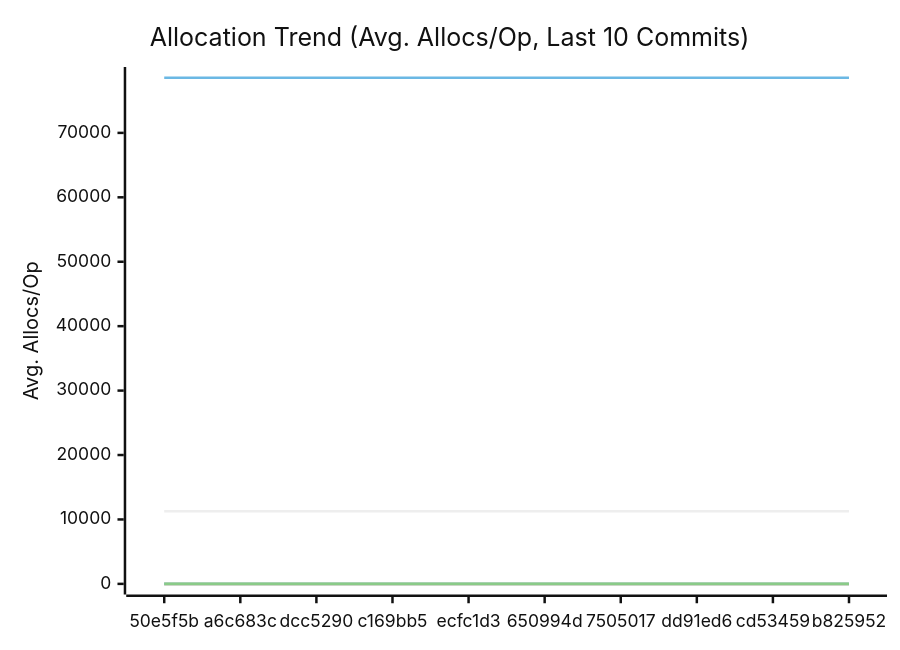
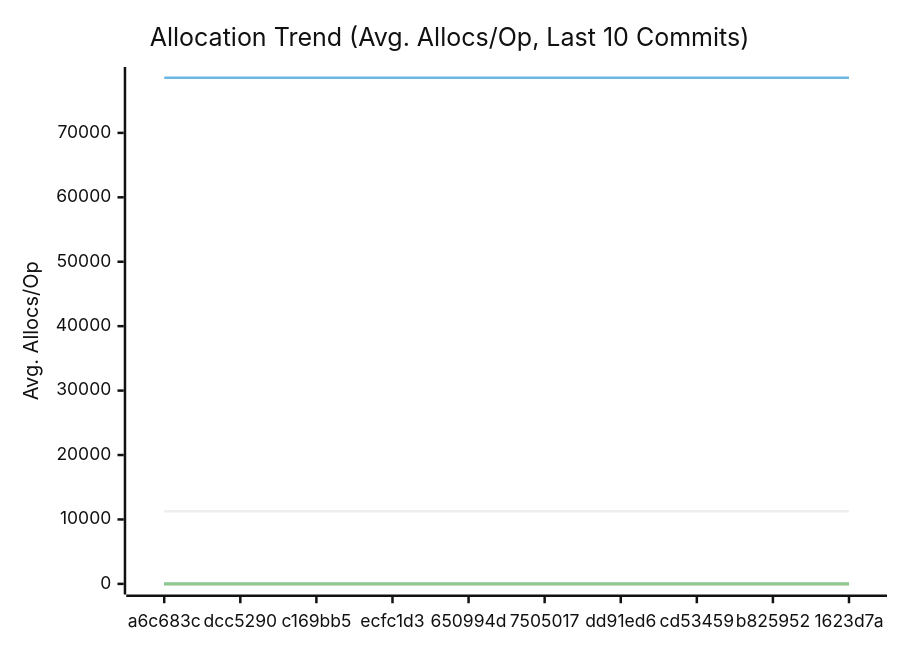
One commit to alsotoes/momo changed the third of 3 diagrams in docs/PERFORMANCE.md. Above: the diagram before and after it, drawn with Mermaid (neutral theme). The commit also changed other lines of this file and 3 other files, not shown here.

````diff
--- a/docs/PERFORMANCE.md
+++ b/docs/PERFORMANCE.md
@@ -197,20 +197,20 @@
 ```mermaid
 xychart-beta
     title "Allocation Trend (Avg. Allocs/Op, Last 10 Commits)"
     x-axis "Commit"
     y-axis "Avg. Allocs/Op"
-    x-axis [50e5f5b,a6c683c,dcc5290,c169bb5,ecfc1d3,650994d,7505017,dd91ed6,cd53459,b825952]
-    line "AWSChunkedReaderSigned" [11274,11284,11270,11276,11273,11274,11278,11271,11265,11282]
-    line "AWSChunkedReaderUnsigned" [78566,78561,78559,78564,78563,78571,78563,78564,78564,78577]
+    x-axis [a6c683c,dcc5290,c169bb5,ecfc1d3,650994d,7505017,dd91ed6,cd53459,b825952,1623d7a]
+    line "AWSChunkedReaderSigned" [11284,11270,11276,11273,11274,11278,11271,11265,11282,11278]
+    line "AWSChunkedReaderUnsigned" [78561,78559,78564,78563,78571,78563,78564,78564,78577,78562]
     line "CheckMetricsAndSwap" [0,0,0,0,0,0,0,0,0,0]
     line "CrushOptimized" [0,0,0,0,0,0,0,0,0,0]
     line "CrushOriginal" [3,3,3,3,3,3,3,3,3,3]
     line "IndexDirectTracking" [0,0,0,0,0,0,0,0,0,0]
     line "IndexSearch" [0,0,0,0,0,0,0,0,0,0]
     line "LoadGlobalConfig" [54,54,54,54,54,54,54,54,54,54]
     line "PadString" [1,1,1,1,1,1,1,1,1,1]
     line "ParseReplicationOrder_NoPrealloc" [6,6,6,6,6,5,5,5,5,5]
     line "ParseReplicationOrder_Prealloc" [2,2,2,2,2,1,1,1,1,1]
     line "SanitizeLog/Safe" [0,0,0,0,0,0,0,0,0,0]
     line "SanitizeLog/Unsafe" [1,1,1,1,1,1,1,1,1,1]
 ```
````
